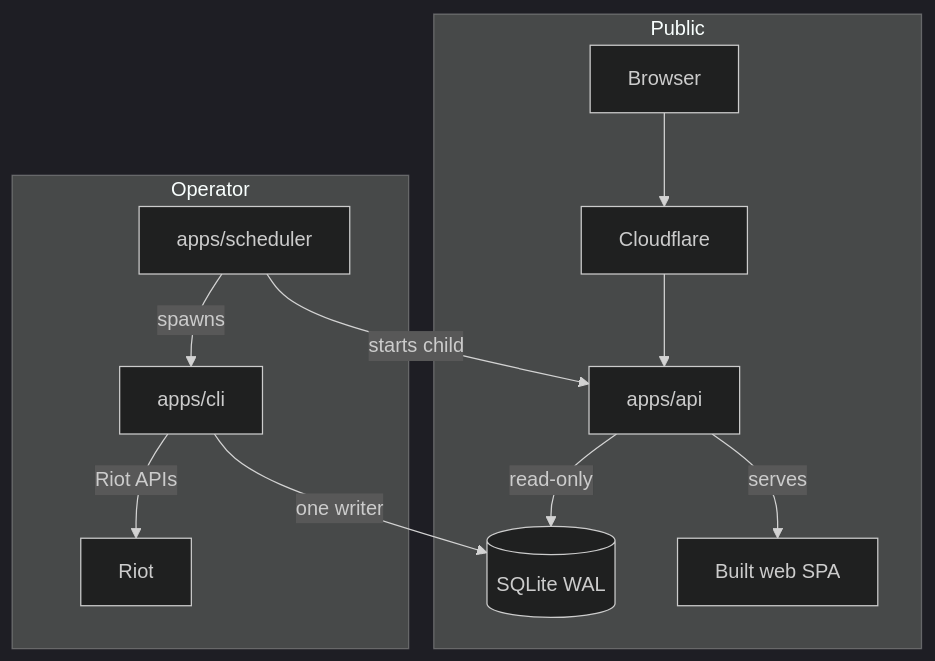
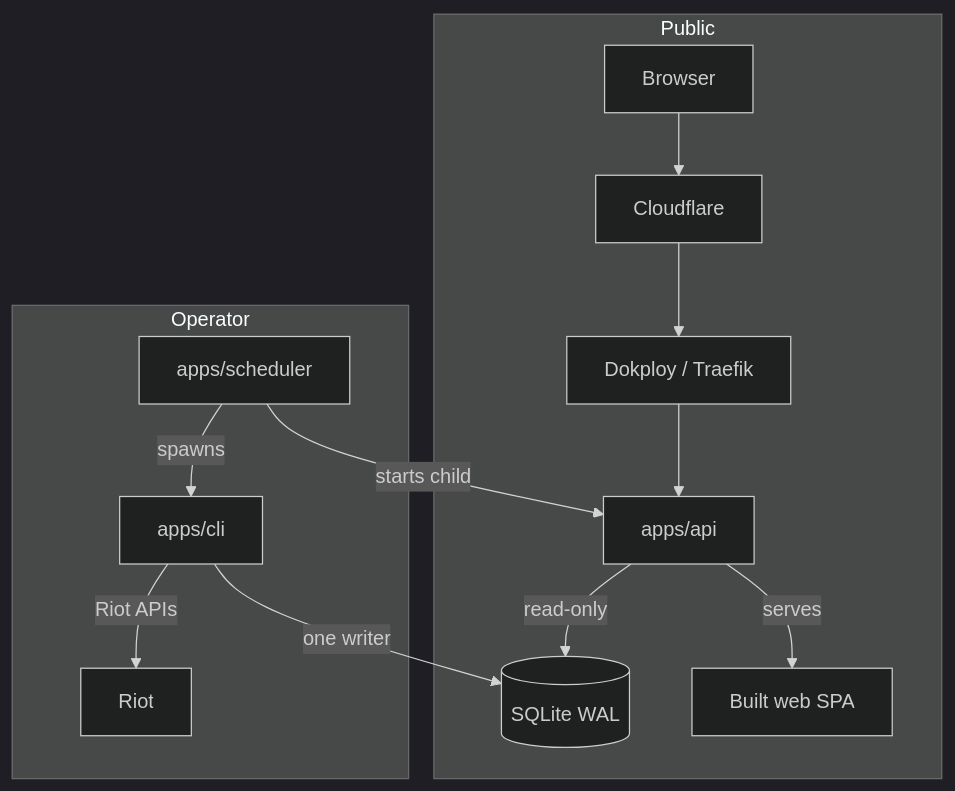
Before and after one commit to teyd/riotid: the diagram in docs/architecture.md, drawn with Mermaid (dark theme). The commit also changed other lines of this file and 3 other files, not shown here.

````diff
--- a/docs/architecture.md
+++ b/docs/architecture.md
@@ -10,15 +10,16 @@
 ```mermaid
 flowchart TB
   subgraph Public
     B[Browser] --> CF[Cloudflare]
-    CF --> API[apps/api]
+    CF --> TR[Dokploy / Traefik]
+    TR --> API[apps/api]
     API -->|read-only| DB[(SQLite WAL)]
     API -->|serves| SPA[Built web SPA]
   end
   subgraph Operator
     SCH[apps/scheduler] -->|spawns| CLI[apps/cli]
     SCH -->|starts child| API
     CLI -->|Riot APIs| RIOT[Riot]
     CLI -->|one writer| DB
   end
 ```
````
